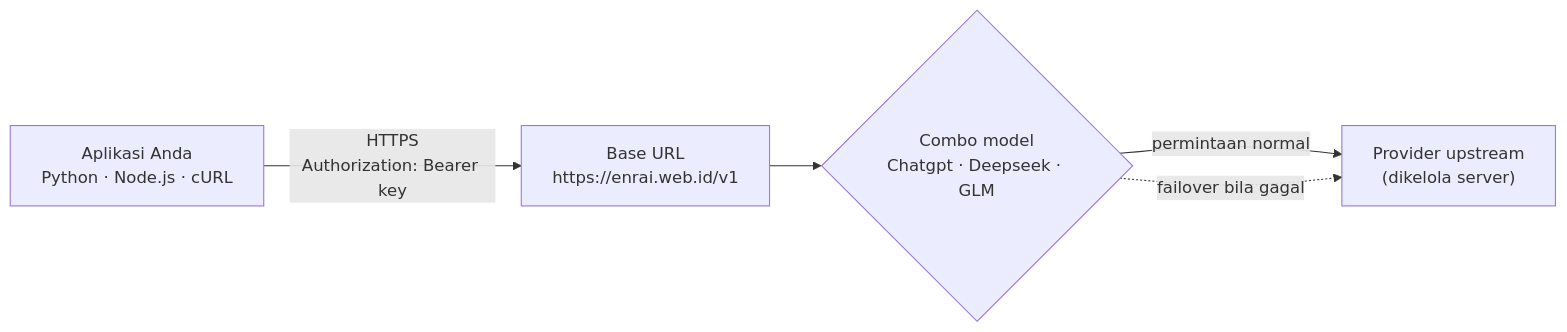
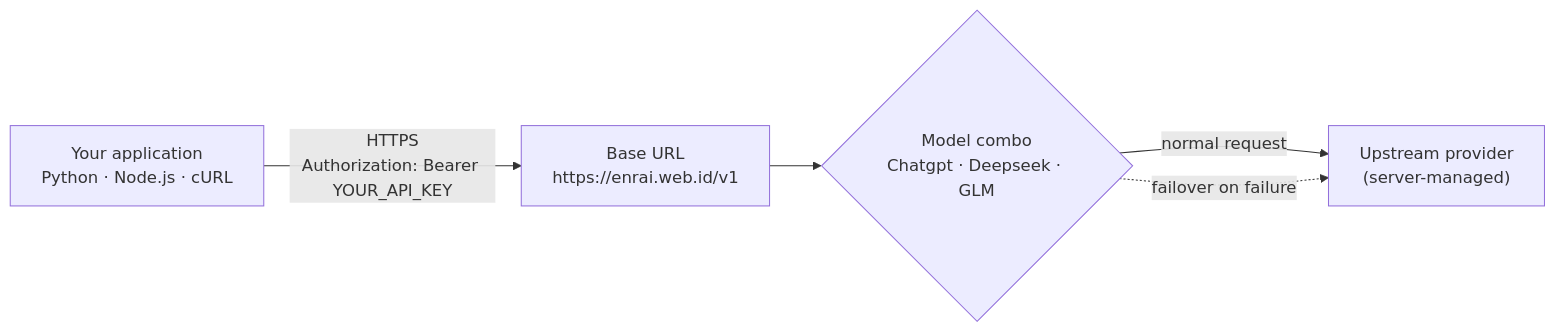
One commit to enraidev/enrai-free-ai-api changed the diagram in README.md. Above: the diagram before and after it, drawn with Mermaid. The commit also changed other lines of this file and 38 other files, not shown here.

````diff
--- a/README.md
+++ b/README.md
@@ -64,7 +86,7 @@
 ```mermaid
 flowchart LR
-    A["Aplikasi Anda<br/>Python · Node.js · cURL"] -->|"HTTPS<br/>Authorization: Bearer key"| B["Base URL<br/>https://enrai.web.id/v1"]
-    B --> C{"Combo model<br/>Chatgpt · Deepseek · GLM"}
-    C -->|"permintaan normal"| D["Provider upstream<br/>(dikelola server)"]
-    C -.->|"failover bila gagal"| D
+    A["Your application<br/>Python · Node.js · cURL"] -->|"HTTPS<br/>Authorization: Bearer YOUR_API_KEY"| B["Base URL<br/>https://enrai.web.id/v1"]
+    B --> C{"Model combo<br/>Chatgpt · Deepseek · GLM"}
+    C -->|"normal request"| D["Upstream provider<br/>(server-managed)"]
+    C -.->|"failover on failure"| D
 ```
````
